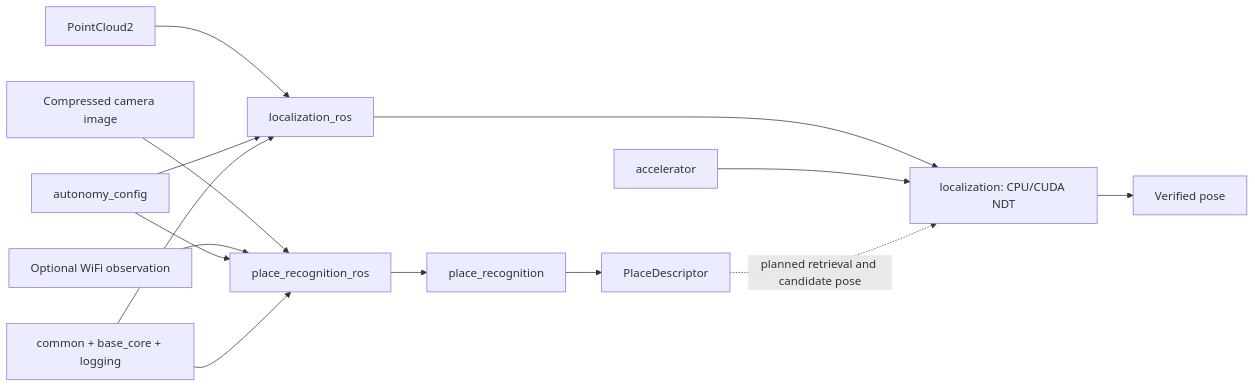
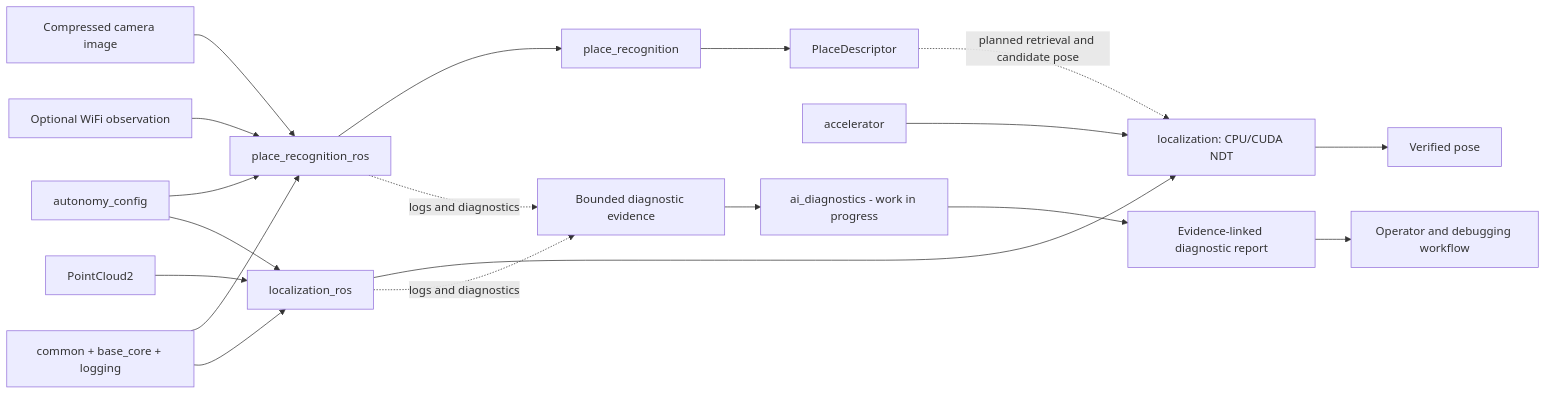
One commit to deepakupadhyay0/aegis-autonomy changed the diagram in README.md. Above: the diagram before and after it, drawn with Mermaid. The commit also changed other lines of this file and 1 other file, not shown here.

````diff
--- a/README.md
+++ b/README.md
@@ -25,19 +25,25 @@
 ```mermaid
 flowchart LR
     Camera[Compressed camera image] --> PRROS[place_recognition_ros]
     WiFi[Optional WiFi observation] --> PRROS
     PRROS --> PR[place_recognition]
     PR --> Descriptor[PlaceDescriptor]
 
     LiDAR[PointCloud2] --> LROS[localization_ros]
     LROS --> NDT[localization: CPU/CUDA NDT]
     Accelerator[accelerator] --> NDT
     NDT --> Pose[Verified pose]
 
     Descriptor -. planned retrieval and candidate pose .-> NDT
 
     Config[autonomy_config] --> PRROS
     Config --> LROS
     Core[common + base_core + logging] --> PRROS
     Core --> LROS
+
+    PRROS -. logs and diagnostics .-> Evidence[Bounded diagnostic evidence]
+    LROS -. logs and diagnostics .-> Evidence
+    Evidence --> AID[ai_diagnostics - work in progress]
+    AID --> Report[Evidence-linked diagnostic report]
+    Report --> Operator[Operator and debugging workflow]
 ```
````
